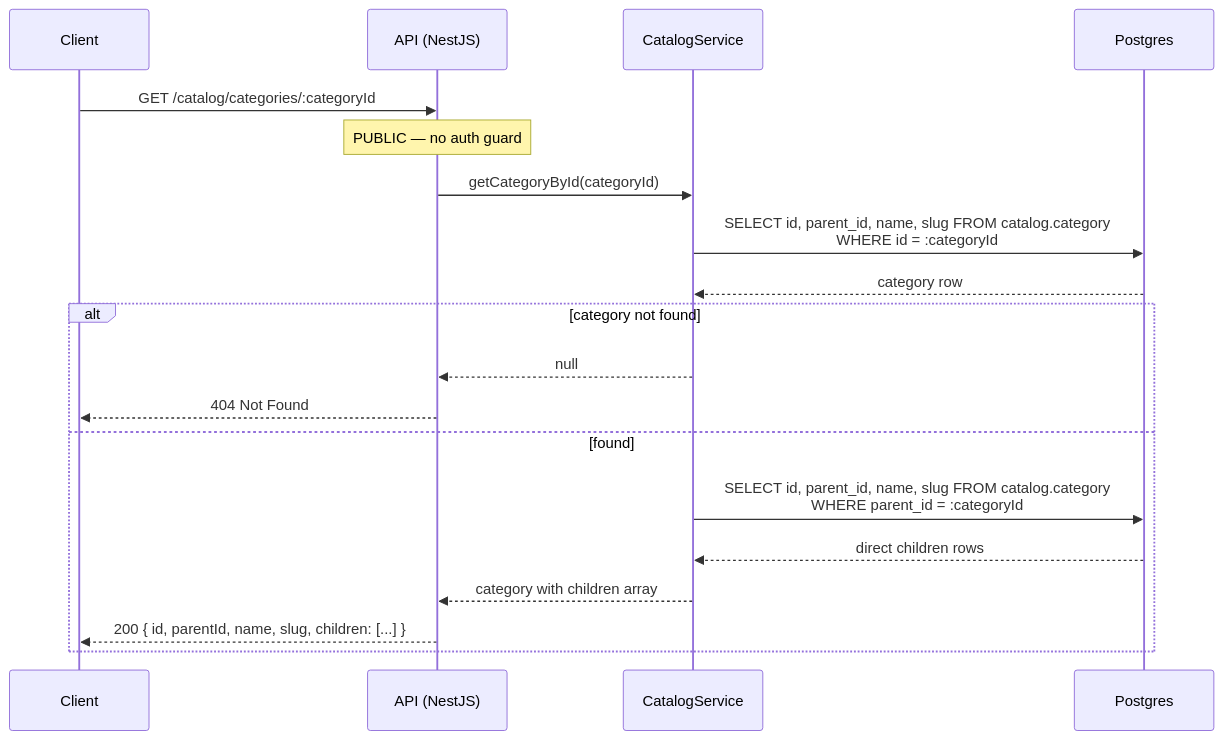
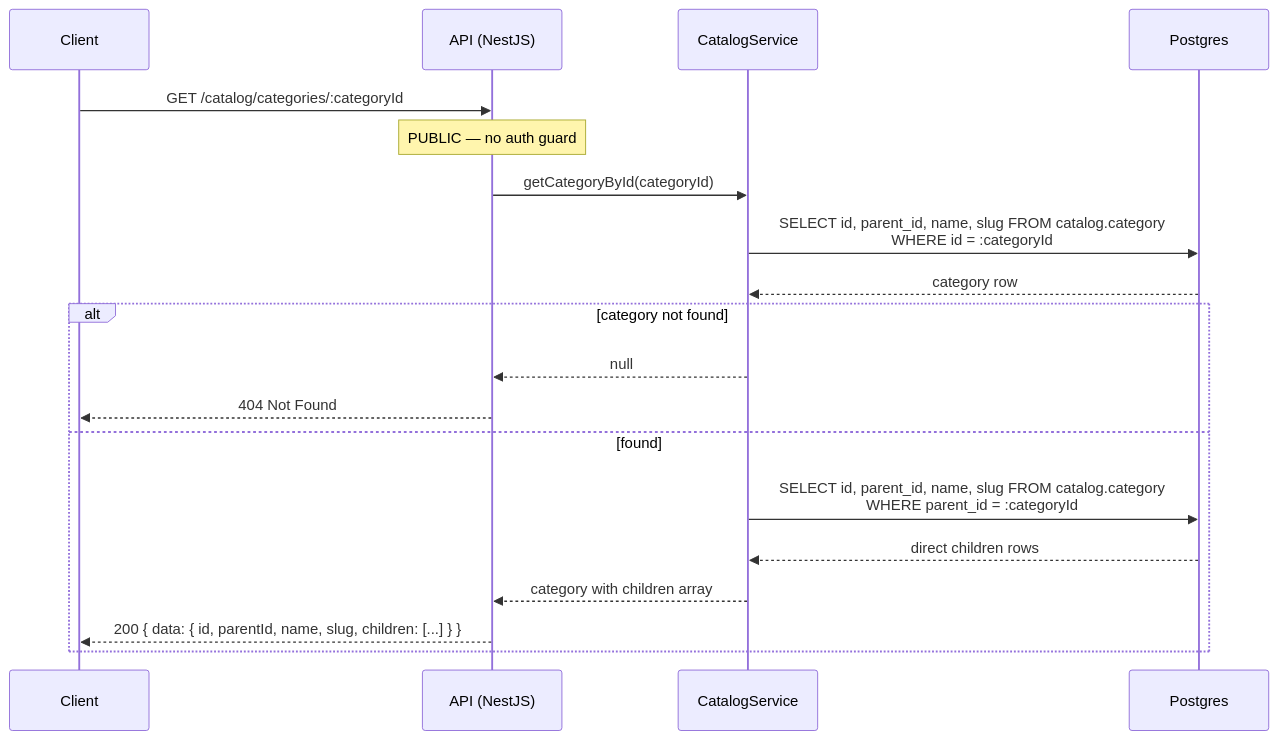
Before and after one commit to alisa-uthi/aliceut-ecom-document: the second of 4 diagrams in phase-1/technical-design/api-design/catalog.md, drawn with Mermaid. The commit also changed other lines of this file and 22 other files, not shown here.

````diff
--- a/phase-1/technical-design/api-design/catalog.md
+++ b/phase-1/technical-design/api-design/catalog.md
@@ -90,22 +90,22 @@
 ```mermaid
 sequenceDiagram
     participant Client
     participant API as API (NestJS)
     participant CatalogService
     participant Postgres
 
     Client->>API: GET /catalog/categories/:categoryId
     Note over API: PUBLIC — no auth guard
     API->>CatalogService: getCategoryById(categoryId)
     CatalogService->>Postgres: SELECT id, parent_id, name, slug FROM catalog.category<br/>WHERE id = :categoryId
     Postgres-->>CatalogService: category row
     alt category not found
         CatalogService-->>API: null
         API-->>Client: 404 Not Found
     else found
         CatalogService->>Postgres: SELECT id, parent_id, name, slug FROM catalog.category<br/>WHERE parent_id = :categoryId
         Postgres-->>CatalogService: direct children rows
         CatalogService-->>API: category with children array
-        API-->>Client: 200 { id, parentId, name, slug, children: [...] }
+        API-->>Client: 200 { data: { id, parentId, name, slug, children: [...] } }
     end
 ```
````
